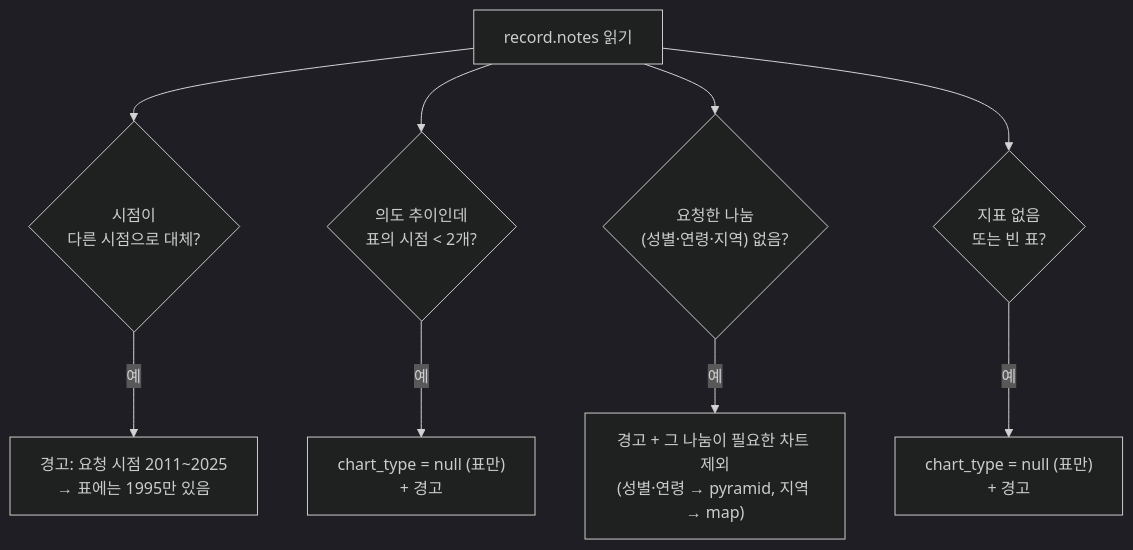
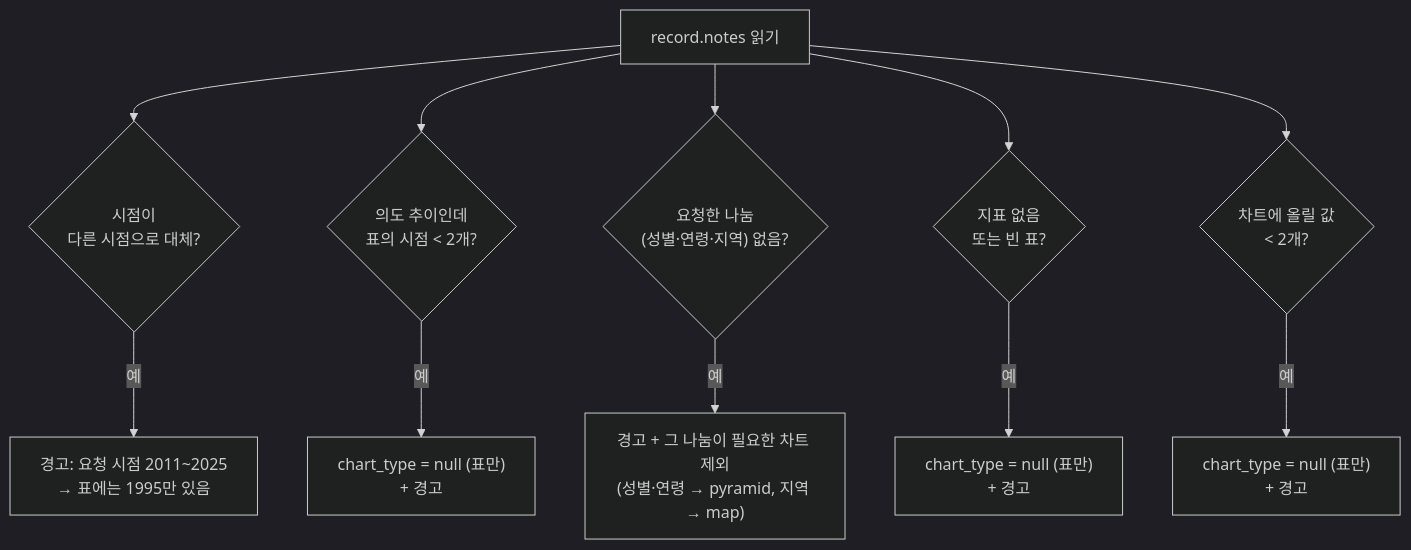
Before and after one commit to T4-Core/t4core-stat-agent: the seventh of 12 diagrams in backend/agent/chart_decision/module2_chart_decision.md, drawn with Mermaid (dark theme). The commit also changed other lines of this file and 3 other files, not shown here.

````diff
--- a/backend/agent/chart_decision/module2_chart_decision.md
+++ b/backend/agent/chart_decision/module2_chart_decision.md
@@ -375,11 +375,13 @@
 ```mermaid
 flowchart TD
     N["record.notes 읽기"] --> T{"시점이<br/>다른 시점으로 대체?"}
     T -->|예| W1["경고: 요청 시점 2011~2025<br/>→ 표에는 1995만 있음"]
     N --> TR{"의도 추이인데<br/>표의 시점 &lt; 2개?"}
     TR -->|예| B1["chart_type = null (표만)<br/>+ 경고"]
     N --> SP{"요청한 나눔<br/>(성별·연령·지역) 없음?"}
     SP -->|예| W2["경고 + 그 나눔이 필요한 차트 제외<br/>(성별·연령 → pyramid, 지역 → map)"]
     N --> IN{"지표 없음<br/>또는 빈 표?"}
     IN -->|예| B2["chart_type = null (표만)<br/>+ 경고"]
+    N --> ONE{"차트에 올릴 값<br/>&lt; 2개?"}
+    ONE -->|예| B3["chart_type = null (표만)<br/>+ 경고"]
 ```
````
